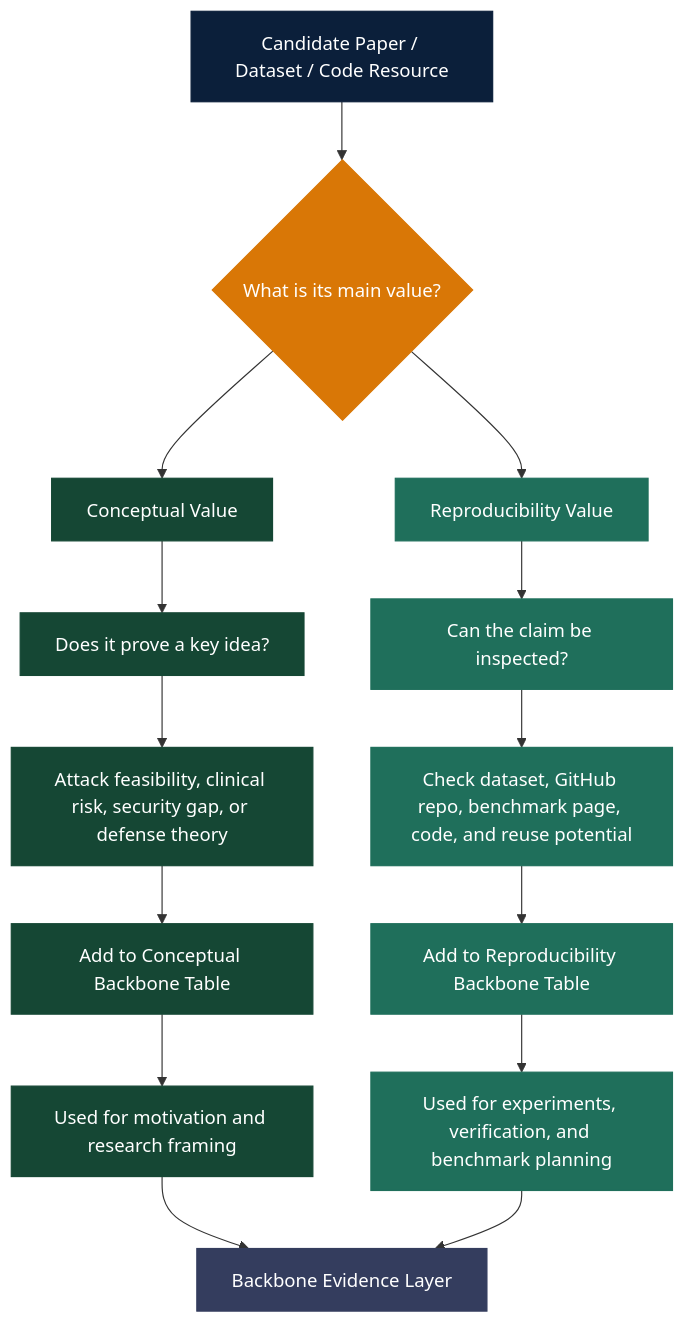
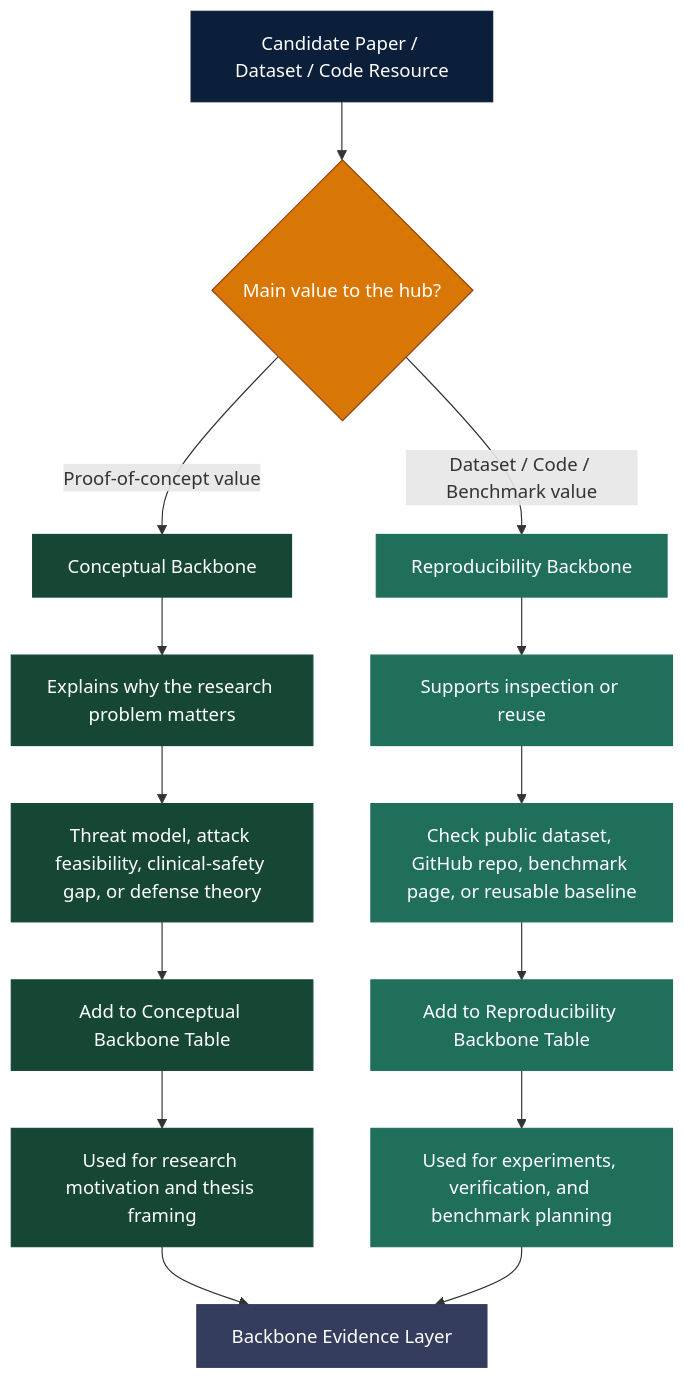
The diagram in backbone/README.md (shahram-h-hesari/ai-ml-wifi-sensing-hub), drawn with Mermaid before and after one commit. The commit also changed other lines of this file, not shown here.

Commit message:
Improve colored backbone review workflow

````diff
--- a/backbone/README.md
+++ b/backbone/README.md
@@ -52,33 +5,33 @@
 ```mermaid
 flowchart TD
-    A["Candidate Paper / Dataset / Code Resource"] --> B{"What is its main value?"}
+    A["Candidate Paper / Dataset / Code Resource"] --> B{"Main value to the hub?"}
 
-    B --> C["Conceptual Value"]
-    B --> D["Reproducibility Value"]
+    B -- "Proof-of-concept value" --> C["Conceptual Backbone"]
+    B -- "Dataset / Code / Benchmark value" --> D["Reproducibility Backbone"]
 
-    C --> C1["Does it prove a key idea?"]
-    C1 --> C2["Attack feasibility, clinical risk, security gap, or defense theory"]
+    C --> C1["Explains why the research problem matters"]
+    C1 --> C2["Threat model, attack feasibility, clinical-safety gap, or defense theory"]
     C2 --> C3["Add to Conceptual Backbone Table"]
 
-    D --> D1["Can the claim be inspected?"]
-    D1 --> D2["Check dataset, GitHub repo, benchmark page, code, and reuse potential"]
+    D --> D1["Supports inspection or reuse"]
+    D1 --> D2["Check public dataset, GitHub repo, benchmark page, or reusable baseline"]
     D2 --> D3["Add to Reproducibility Backbone Table"]
 
-    C3 --> E["Used for motivation and research framing"]
+    C3 --> E["Used for research motivation and thesis framing"]
     D3 --> F["Used for experiments, verification, and benchmark planning"]
 
     E --> G["Backbone Evidence Layer"]
     F --> G
 
-    classDef start fill:#0B1F3A,stroke:#0B1F3A,color:#ffffff;
-    classDef decision fill:#D97706,stroke:#D97706,color:#ffffff;
-    classDef concept fill:#154734,stroke:#154734,color:#ffffff;
-    classDef repro fill:#1F6F5B,stroke:#1F6F5B,color:#ffffff;
-    classDef final fill:#343D5E,stroke:#343D5E,color:#ffffff;
+    classDef start fill:#0B1F3A,stroke:#0B1F3A,color:#FFFFFF;
+    classDef decision fill:#D97706,stroke:#92400E,color:#FFFFFF;
+    classDef concept fill:#154734,stroke:#154734,color:#FFFFFF;
+    classDef repro fill:#1F6F5B,stroke:#1F6F5B,color:#FFFFFF;
+    classDef output fill:#343D5E,stroke:#343D5E,color:#FFFFFF;
 
     class A start;
     class B decision;
     class C,C1,C2,C3,E concept;
     class D,D1,D2,D3,F repro;
-    class G final;
+    class G output;
 ```
````
